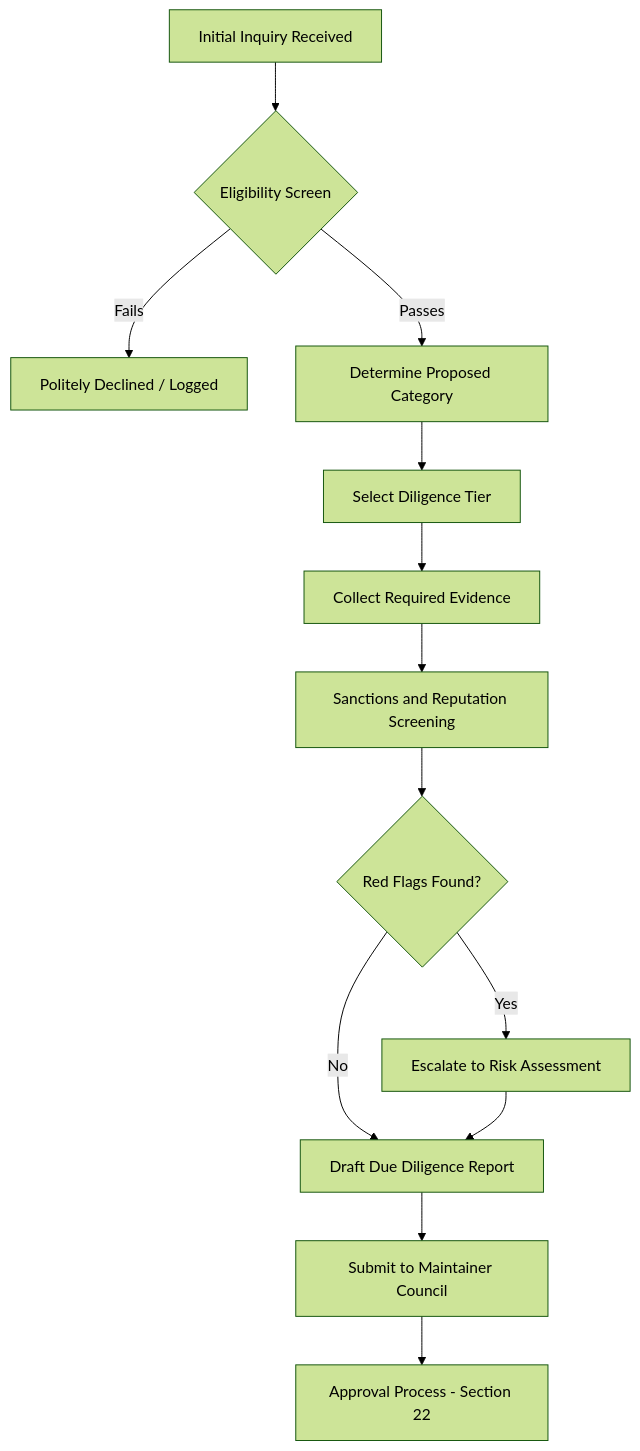
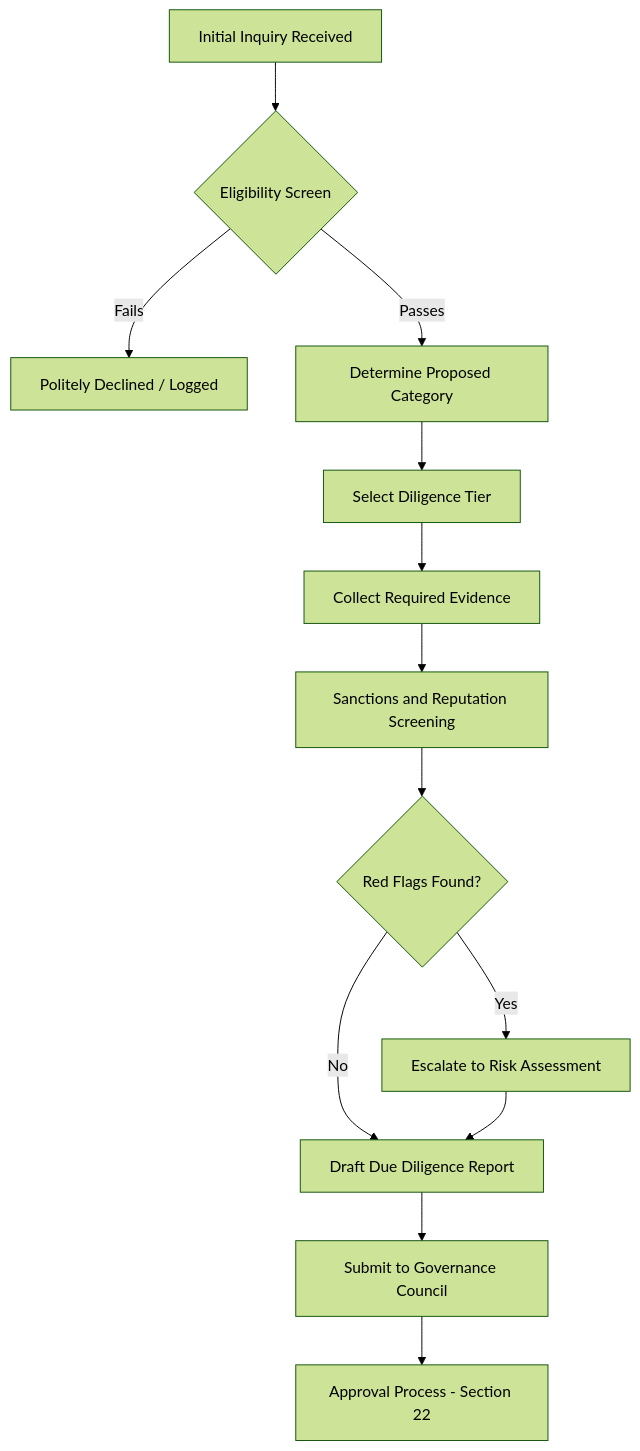
One commit to Celo-HaiTi/celoht-research changed the first of 6 diagrams in PARTNERSHIPS.md. Above: the diagram before and after it, drawn with Mermaid (forest theme). The commit also changed other lines of this file and 20 other files, not shown here.

````diff
--- a/PARTNERSHIPS.md
+++ b/PARTNERSHIPS.md
@@ -187,15 +187,15 @@
 ```mermaid
 flowchart TD
     A[Initial Inquiry Received] --> B{Eligibility Screen}
     B -- Fails --> Z[Politely Declined / Logged]
     B -- Passes --> C[Determine Proposed Category]
     C --> D[Select Diligence Tier]
     D --> E[Collect Required Evidence]
     E --> F[Sanctions and Reputation Screening]
     F --> G{Red Flags Found?}
     G -- Yes --> H[Escalate to Risk Assessment]
     G -- No --> I[Draft Due Diligence Report]
     H --> I
-    I --> J[Submit to Maintainer Council]
+    I --> J[Submit to Governance Council]
     J --> K[Approval Process - Section 22]
 ```
````
